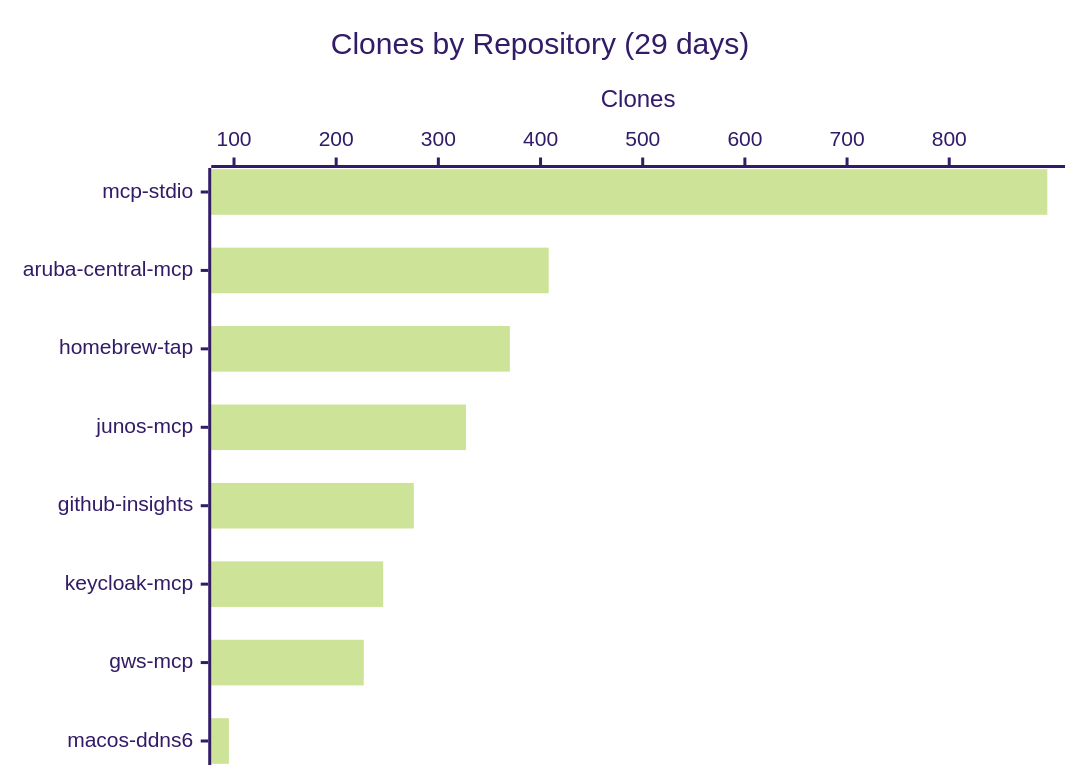
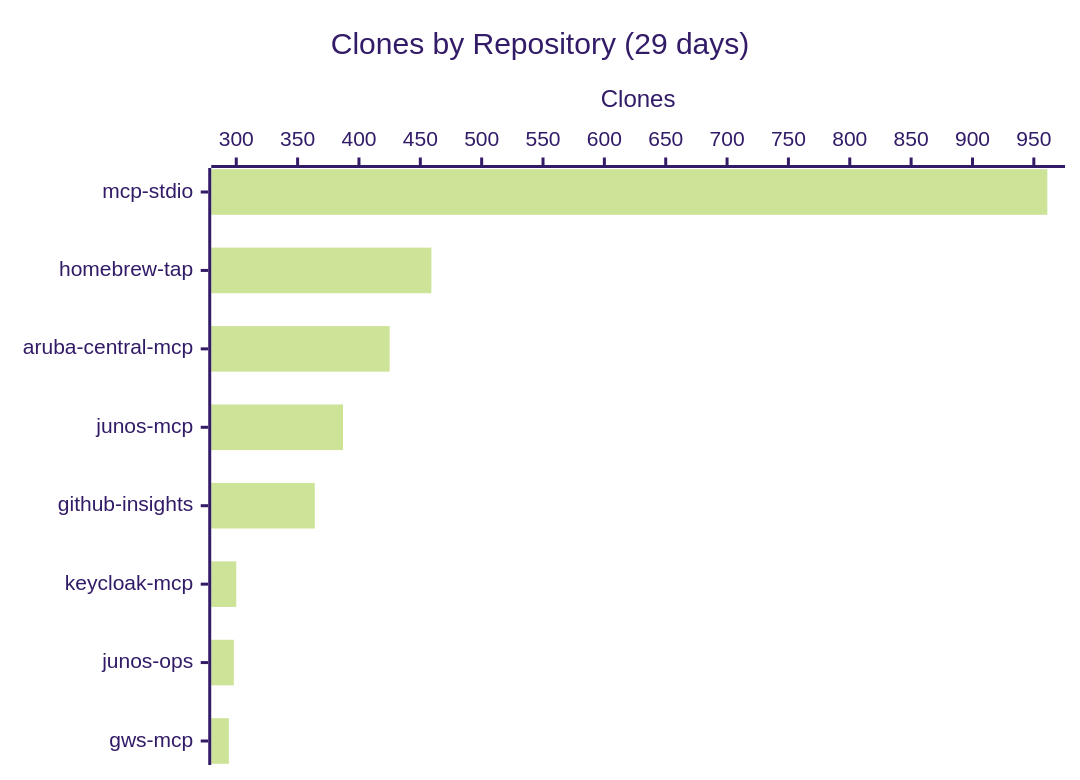
Before and after one commit to shigechika/github-insights: the third of 3 diagrams in README.md, drawn with Mermaid (forest theme). The commit also changed other lines of this file and 1 other file, not shown here.

````diff
--- a/README.md
+++ b/README.md
@@ -32,7 +32,7 @@
 ```mermaid
 xychart-beta horizontal
     title "Clones by Repository (29 days)"
-    x-axis ["mcp-stdio", "aruba-central-mcp", "homebrew-tap", "junos-mcp", "github-insights", "keycloak-mcp", "gws-mcp", "macos-ddns6"]
+    x-axis ["mcp-stdio", "homebrew-tap", "aruba-central-mcp", "junos-mcp", "github-insights", "keycloak-mcp", "junos-ops", "gws-mcp"]
     y-axis "Clones"
-    bar [896, 408, 370, 327, 276, 246, 227, 95]
+    bar [961, 459, 425, 387, 364, 300, 298, 294]
 ```
````
